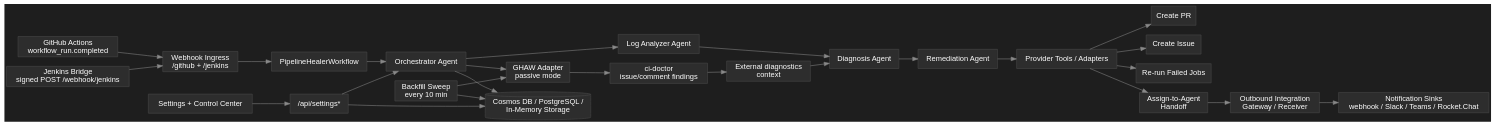
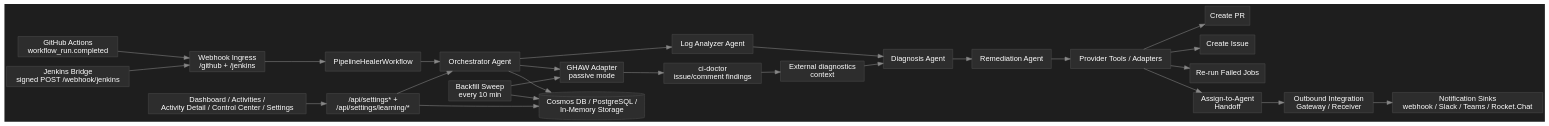
The diagram in docs/screens/pipeline-healer-architecture.dot (Canepro/pipelinehealer), drawn with Graphviz before and after one commit. The commit also changed 4 other files, not shown here.

Commit message:
Refresh architecture diagrams

```diff
--- a/docs/screens/pipeline-healer-architecture.dot
+++ b/docs/screens/pipeline-healer-architecture.dot
@@ -1,52 +1,52 @@
 digraph PipelineHealerWorkflow {
   rankdir="LR";
   bgcolor="#1e1e1e";
   node [shape="box" style="filled" fillcolor="#2d2d2d" fontcolor="white" color="#4a4a4a" fontname="Helvetica"];
   edge [color="#888888" fontname="Helvetica"];
   GH [label="GitHub Actions\nworkflow_run.completed" shape="box"];
   JN [label="Jenkins Bridge\nsigned POST /webhook/jenkins" shape="box"];
   WH [label="Webhook Ingress\n/github + /jenkins" shape="box"];
   WF [label="PipelineHealerWorkflow" shape="box"];
   OR [label="Orchestrator Agent" shape="box"];
   LA [label="Log Analyzer Agent" shape="box"];
   DG [label="Diagnosis Agent" shape="box"];
   RM [label="Remediation Agent" shape="box"];
   GT [label="Provider Tools / Adapters" shape="box"];
   PR [label="Create PR" shape="box"];
   IS [label="Create Issue" shape="box"];
   RR [label="Re-run Failed Jobs" shape="box"];
   HO [label="Assign-to-Agent\nHandoff" shape="box"];
   GW [label="Outbound Integration\nGateway / Receiver" shape="box"];
   NT [label="Notification Sinks\nwebhook / Slack / Teams / Rocket.Chat" shape="box"];
   ADP [label="GHAW Adapter\npassive mode" shape="box"];
   CD [label="ci-doctor\nissue/comment findings" shape="box"];
   EXT [label="External diagnostics\ncontext" shape="box"];
   BF [label="Backfill Sweep\nevery 10 min" shape="box"];
   ST [label="Cosmos DB / PostgreSQL /\nIn-Memory Storage" shape="cylinder"];
-  UI [label="Settings + Control Center" shape="box"];
-  API [label="/api/settings*" shape="box"];
+  UI [label="Dashboard / Activities /\nActivity Detail / Control Center / Settings" shape="box"];
+  API [label="/api/settings* +\n/api/settings/learning/*" shape="box"];
   GH -> WH;
   JN -> WH;
   WH -> WF;
   WF -> OR;
   OR -> LA;
   LA -> DG;
   OR -> ADP;
   ADP -> CD;
   CD -> EXT;
   EXT -> DG;
   DG -> RM;
   RM -> GT;
   GT -> PR;
   GT -> IS;
   GT -> RR;
   GT -> HO;
   HO -> GW;
   GW -> NT;
   OR -> ST;
   BF -> ADP;
   BF -> ST;
   UI -> API;
   API -> OR;
   API -> ST;
 }
```
